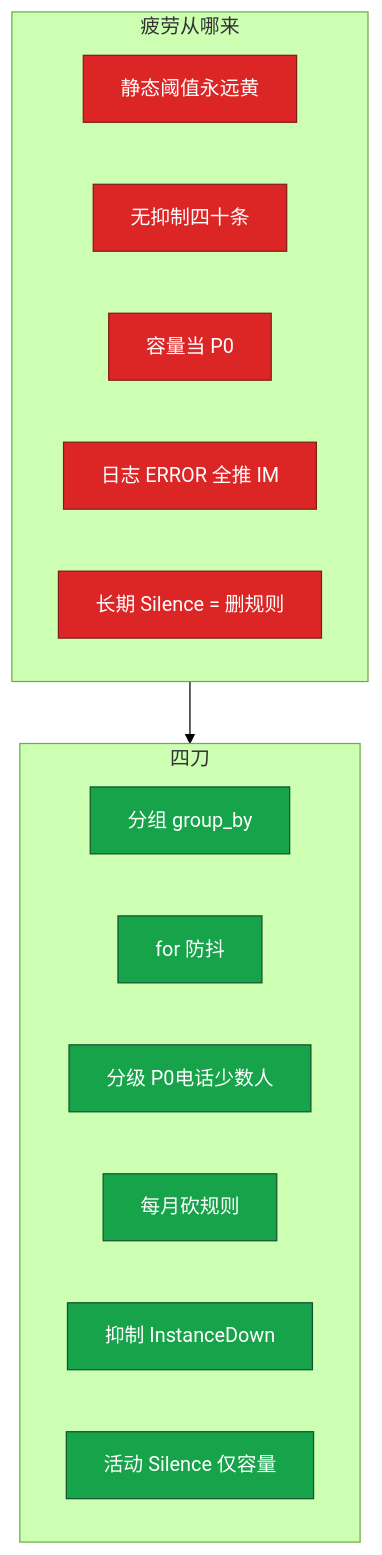
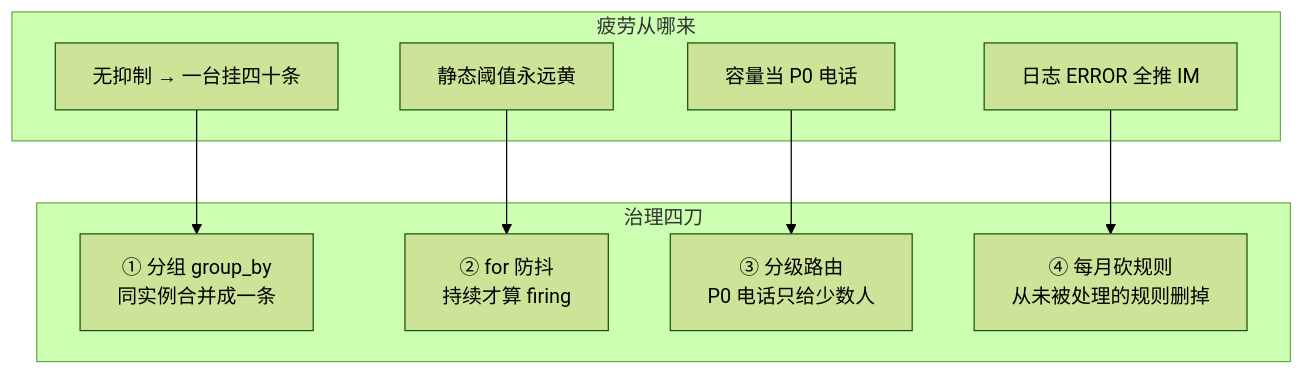
One commit to ml-cuizijun/LearnToLilith changed the third of 4 diagrams in 01-基础底座/22-监控与告警/知识点.md. Above: the diagram before and after it, drawn with Mermaid (forest theme). The commit also changed other lines of this file and 470 other files, not shown here.

````diff
--- a/01-基础底座/22-监控与告警/知识点.md
+++ b/01-基础底座/22-监控与告警/知识点.md
@@ -648,26 +285,19 @@
 ```mermaid
 flowchart TB
     subgraph cause ["疲劳从哪来"]
-        C1[静态阈值永远黄]
-        C2[无抑制四十条]
-        C3[容量当 P0]
-        C4[日志 ERROR 全推 IM]
-        C5[长期 Silence = 删规则]
+        C1["静态阈值永远黄"]
+        C2["无抑制 → 一台挂四十条"]
+        C3["容量当 P0 电话"]
+        C4["日志 ERROR 全推 IM"]
     end
-
-    subgraph fix ["四刀"]
-        F1[分组 group_by]
-        F2["for 防抖"]
-        F3[分级 P0电话少数人]
-        F4[每月砍规则]
-        F5[抑制 InstanceDown]
-        F6[活动 Silence 仅容量]
+    subgraph fix ["治理四刀"]
+        F1["① 分组 group_by<br/>同实例合并成一条"]
+        F2["② for 防抖<br/>持续才算 firing"]
+        F3["③ 分级路由<br/>P0 电话只给少数人"]
+        F4["④ 每月砍规则<br/>从未被处理的规则删掉"]
     end
-
-    cause --> fix
-
-    classDef bad fill:#DC2626,stroke:#7F1D1D,color:#fff
-    classDef ok fill:#16A34A,stroke:#14532D,color:#fff
-    class C1,C2,C3,C4,C5 bad
-    class F1,F2,F3,F4,F5,F6 ok
+    C1 --> F2
+    C2 --> F1
+    C3 --> F3
+    C4 --> F4
 ```
````
